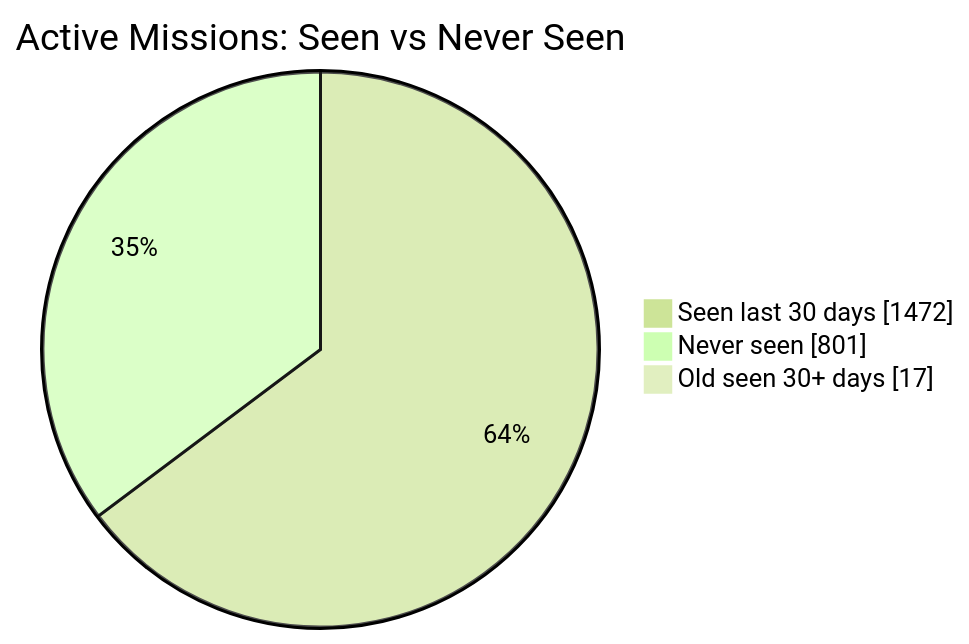
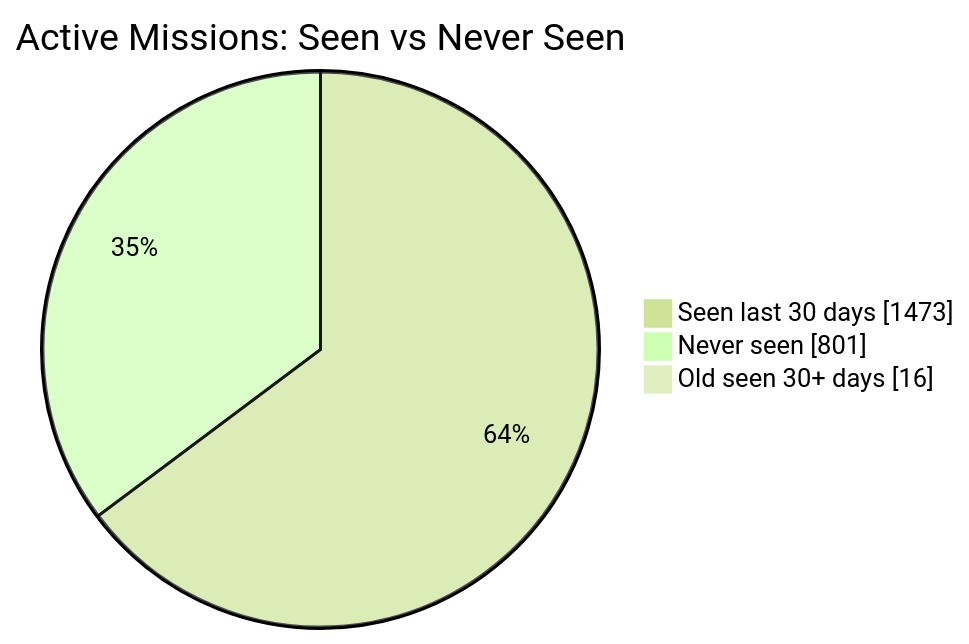
The first of 2 diagrams in README.md (MeldkamerspelGameTeam/active-missions), drawn with Mermaid (forest theme) before and after one commit. The commit also changed other lines of this file and 3 other files, not shown here.

````diff
--- a/README.md
+++ b/README.md
@@ -34,7 +34,7 @@
 ```mermaid
 pie showData
     title Active Missions: Seen vs Never Seen
-    "Seen last 30 days" : 1472
+    "Seen last 30 days" : 1473
     "Never seen" : 801
-    "Old seen 30+ days" : 17
+    "Old seen 30+ days" : 16
 ```
````
